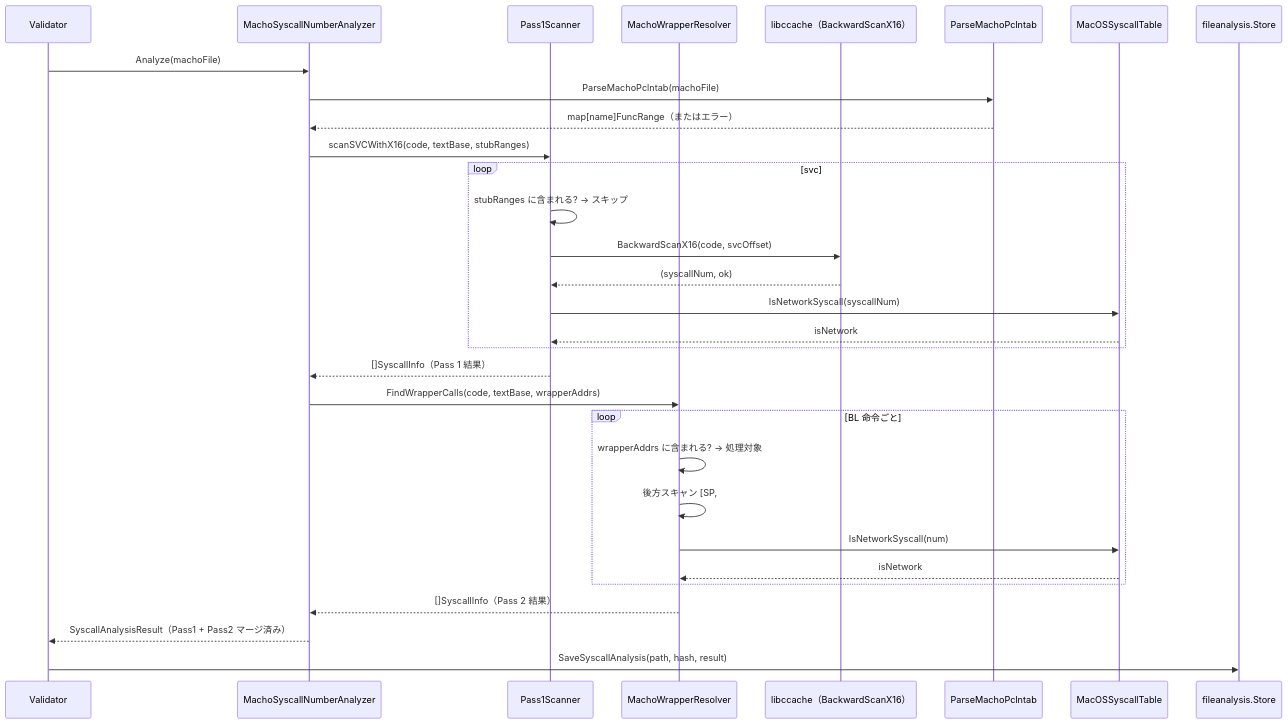
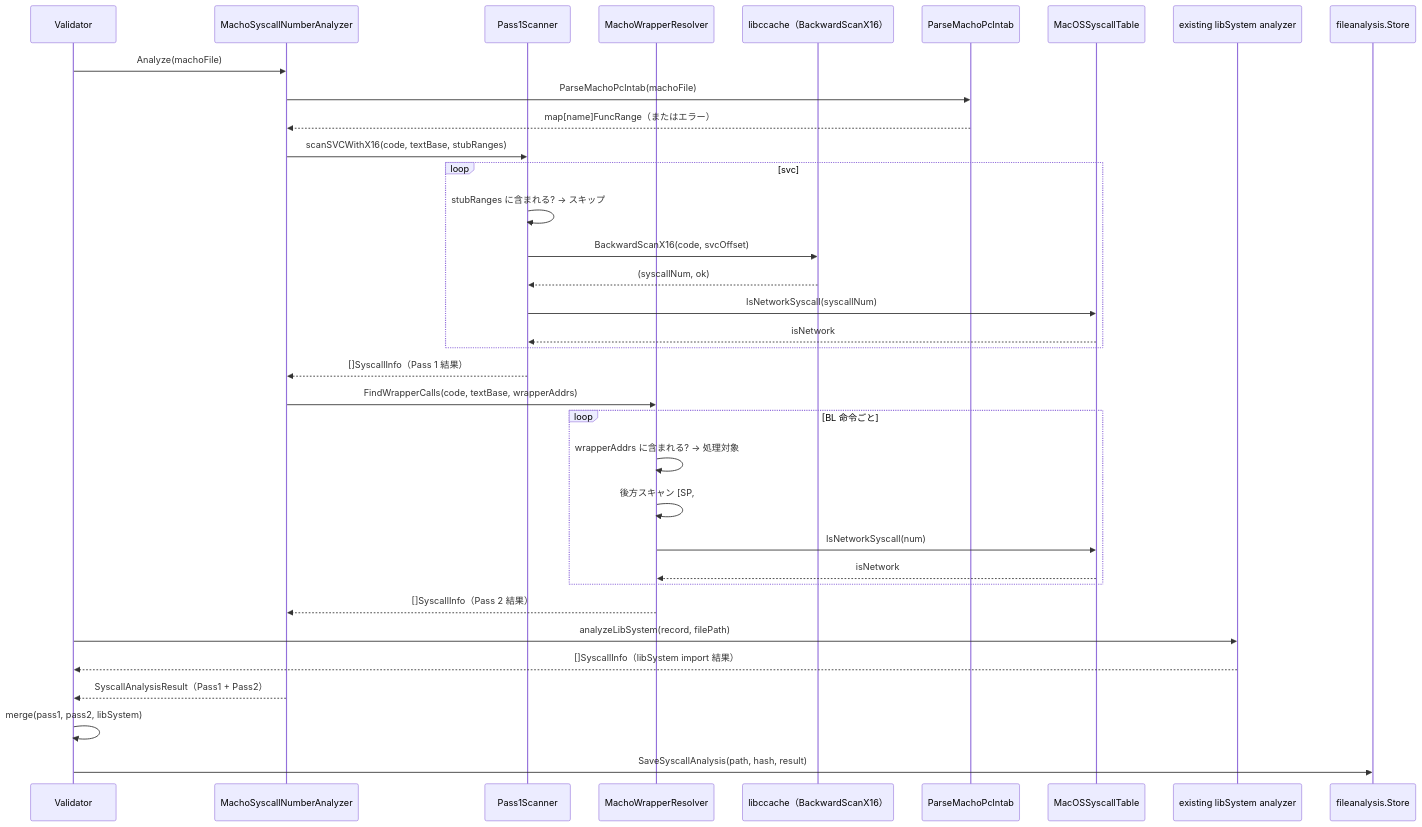
Before and after one commit to isseis/go-safe-cmd-runner: the fourth of 7 diagrams in docs/tasks/0104_macho_syscall_number_analysis/02_architecture.md, drawn with Mermaid. The commit also changed other lines of this file and 2 other files, not shown here.

Commit message:
docs(0104): integrate libSystem analysis and fix nil SyscallAnalysis delegation

````diff
--- a/docs/tasks/0104_macho_syscall_number_analysis/02_architecture.md
+++ b/docs/tasks/0104_macho_syscall_number_analysis/02_architecture.md
@@ -109,37 +113,42 @@
 ```mermaid
 sequenceDiagram
     participant V as Validator
     participant AN as MachoSyscallNumberAnalyzer
     participant P1 as Pass1Scanner
     participant P2 as MachoWrapperResolver
     participant LC as libccache（BackwardScanX16）
     participant PT as ParseMachoPclntab
     participant ST as MacOSSyscallTable
+    participant LS as existing libSystem analyzer
     participant FS as fileanalysis.Store
 
     V->>AN: Analyze(machoFile)
     AN->>PT: ParseMachoPclntab(machoFile)
     PT-->>AN: map[name]FuncRange（またはエラー）
 
     AN->>P1: scanSVCWithX16(code, textBase, stubRanges)
     loop svc #0x80 ごと
         P1->>P1: stubRanges に含まれる? → スキップ
         P1->>LC: BackwardScanX16(code, svcOffset)
         LC-->>P1: (syscallNum, ok)
         P1->>ST: IsNetworkSyscall(syscallNum)
         ST-->>P1: isNetwork
     end
     P1-->>AN: []SyscallInfo（Pass 1 結果）
 
     AN->>P2: FindWrapperCalls(code, textBase, wrapperAddrs)
     loop BL 命令ごと
         P2->>P2: wrapperAddrs に含まれる? → 処理対象
         P2->>P2: 後方スキャン [SP,#8] ストア → xN → 即値
         P2->>ST: IsNetworkSyscall(num)
         ST-->>P2: isNetwork
     end
     P2-->>AN: []SyscallInfo（Pass 2 結果）
 
-    AN-->>V: SyscallAnalysisResult（Pass1 + Pass2 マージ済み）
+    V->>LS: analyzeLibSystem(record, filePath)
+    LS-->>V: []SyscallInfo（libSystem import 結果）
+
+    AN-->>V: SyscallAnalysisResult（Pass1 + Pass2）
+    V->>V: merge(pass1, pass2, libSystem)
     V->>FS: SaveSyscallAnalysis(path, hash, result)
 ```
````
